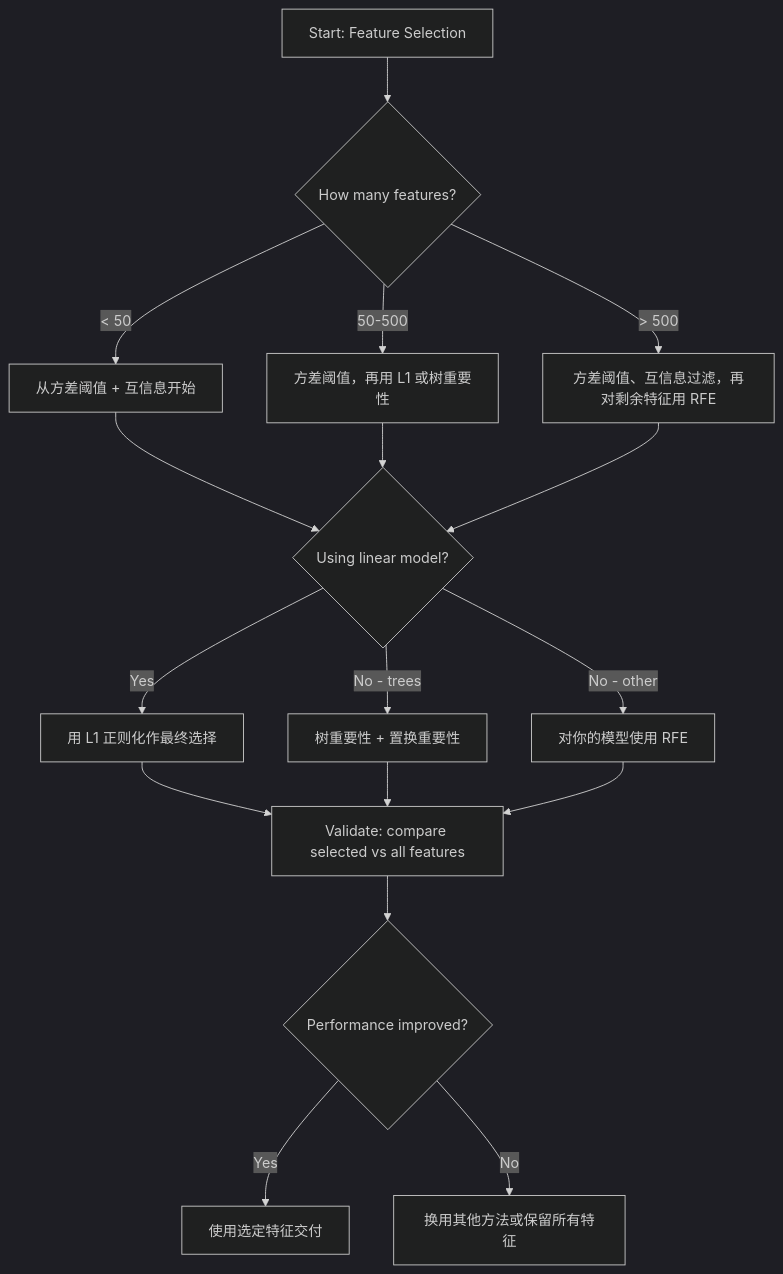
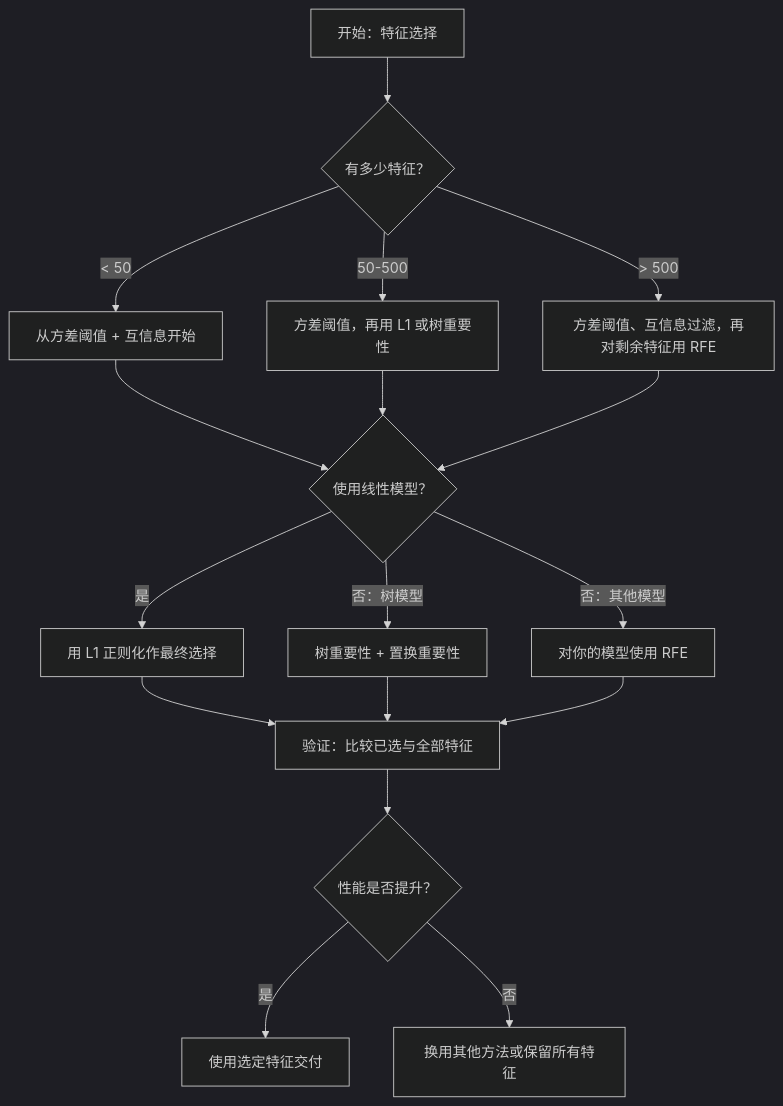
Before and after one commit to huangyue12120/Learning-Atlas: the fourth of 4 diagrams in content/translations/practice/02-ml-fundamentals/18-feature-selection/zh.md, drawn with Mermaid (dark theme). The commit also changed other lines of this file and 24 other files, not shown here.

Commit message:
fix(reader): localize Mermaid in source content

````diff
--- a/content/translations/practice/02-ml-fundamentals/18-feature-selection/zh.md
+++ b/content/translations/practice/02-ml-fundamentals/18-feature-selection/zh.md
@@ -168,23 +168,23 @@
 ```mermaid
 flowchart TD
-    A[Start: Feature Selection] --> B{How many features?}
+    A[开始：特征选择] --> B{有多少特征？}
     B -->|"< 50"| C["从方差阈值 + 互信息开始"]
     B -->|"50-500"| D["方差阈值，再用 L1 或树重要性"]
     B -->|"> 500"| E["方差阈值、互信息过滤，再对剩余特征用 RFE"]
 
-    C --> F{Using linear model?}
+    C --> F{使用线性模型？}
     D --> F
     E --> F
 
-    F -->|Yes| G["用 L1 正则化作最终选择"]
-    F -->|No - trees| H["树重要性 + 置换重要性"]
-    F -->|No - other| I["对你的模型使用 RFE"]
+    F -->|是| G["用 L1 正则化作最终选择"]
+    F -->|否：树模型| H["树重要性 + 置换重要性"]
+    F -->|否：其他模型| I["对你的模型使用 RFE"]
 
-    G --> J[Validate: compare selected vs all features]
+    G --> J[验证：比较已选与全部特征]
     H --> J
     I --> J
 
-    J --> K{Performance improved?}
-    K -->|Yes| L["使用选定特征交付"]
-    K -->|No| M["换用其他方法或保留所有特征"]
+    J --> K{性能是否提升？}
+    K -->|是| L["使用选定特征交付"]
+    K -->|否| M["换用其他方法或保留所有特征"]
 ```
````
